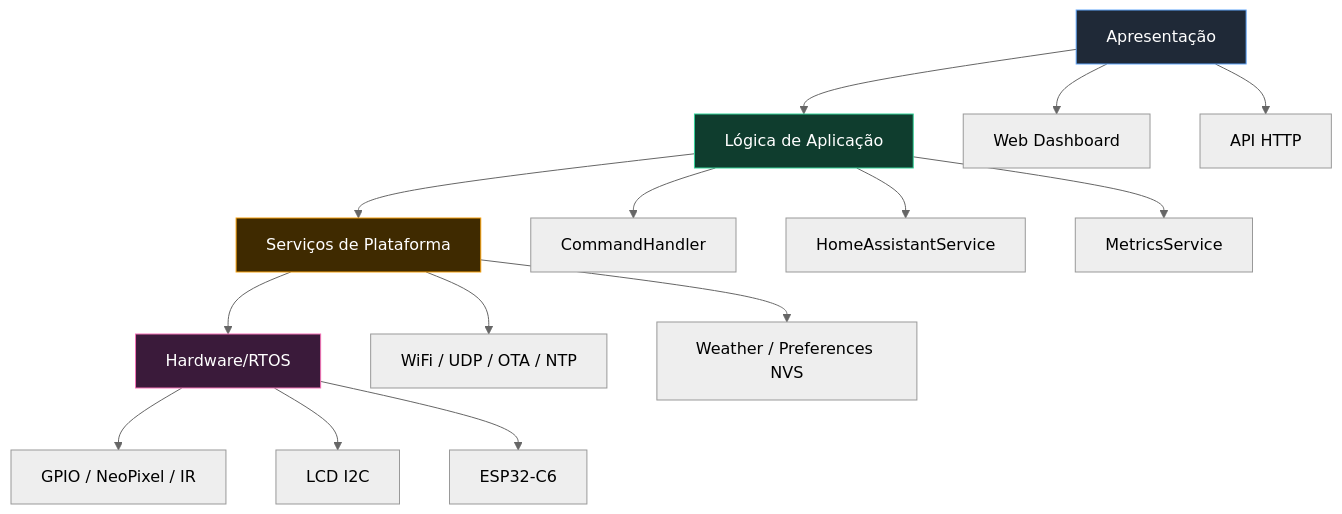
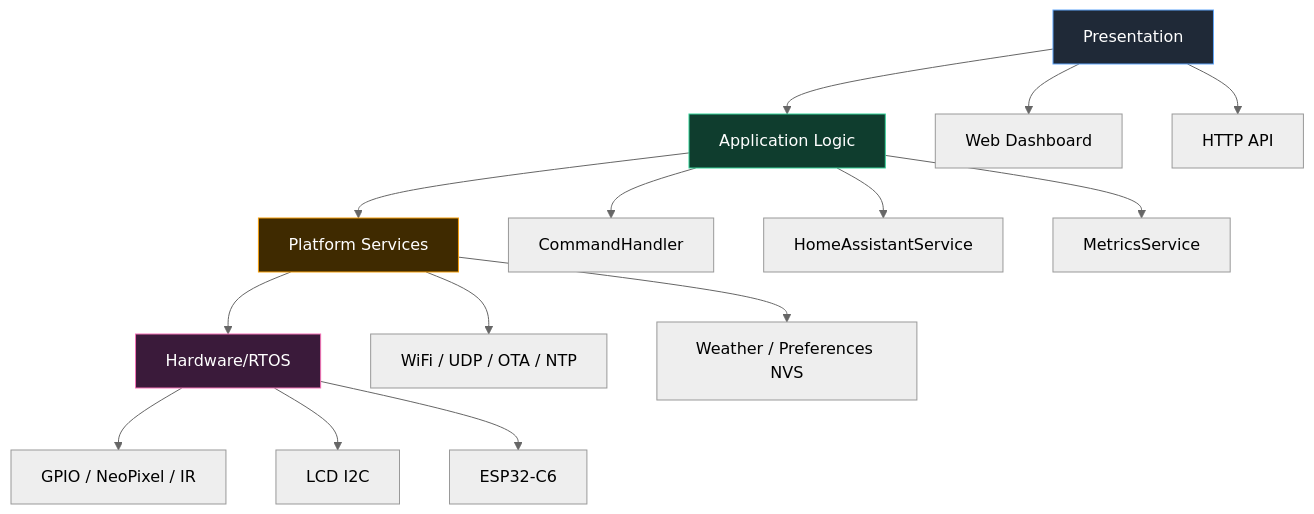
Before and after one commit to paulocfmarques-collab/M5NanoC6_wifi: the second of 14 diagrams in README.md, drawn with Mermaid (neutral theme). The commit also changed other lines of this file, not shown here.

````diff
--- a/README.md
+++ b/README.md
@@ -91,25 +91,25 @@
 ```mermaid
 flowchart TD
-    A[Apresentação] --> B[Lógica de Aplicação]
-    B --> C[Serviços de Plataforma]
+    A[Presentation] --> B[Application Logic]
+    B --> C[Platform Services]
     C --> D[Hardware/RTOS]
 
     A:::a --> A1[Web Dashboard]
-    A:::a --> A2[API HTTP]
+    A:::a --> A2[HTTP API]
 
     B:::b --> B1[CommandHandler]
     B:::b --> B2[HomeAssistantService]
     B:::b --> B3[MetricsService]
 
     C:::c --> C1[WiFi / UDP / OTA / NTP]
     C:::c --> C2[Weather / Preferences NVS]
 
     D:::d --> D1[GPIO / NeoPixel / IR]
     D:::d --> D2[LCD I2C]
     D:::d --> D3[ESP32-C6]
 
     classDef a fill:#1f2937,stroke:#60a5fa,color:#fff;
     classDef b fill:#0f3d2e,stroke:#34d399,color:#fff;
     classDef c fill:#3f2a00,stroke:#f59e0b,color:#fff;
     classDef d fill:#3a1a3a,stroke:#f472b6,color:#fff;
 ```
````
